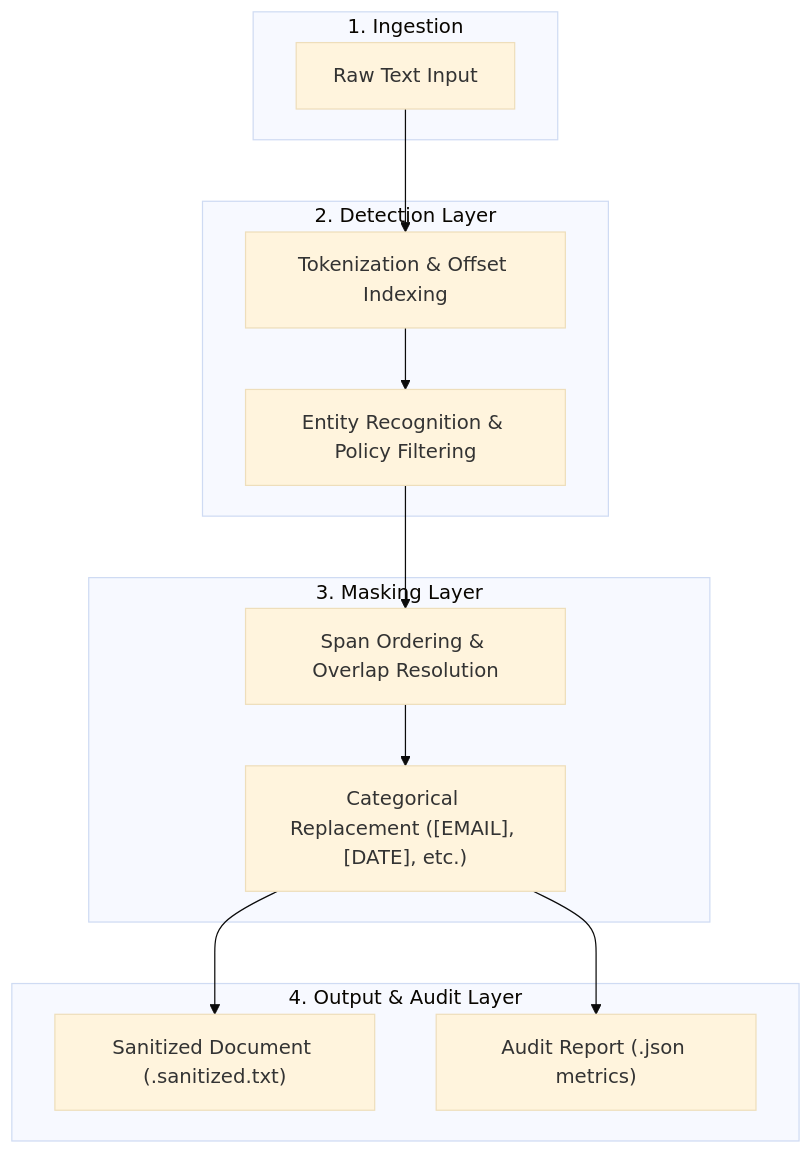
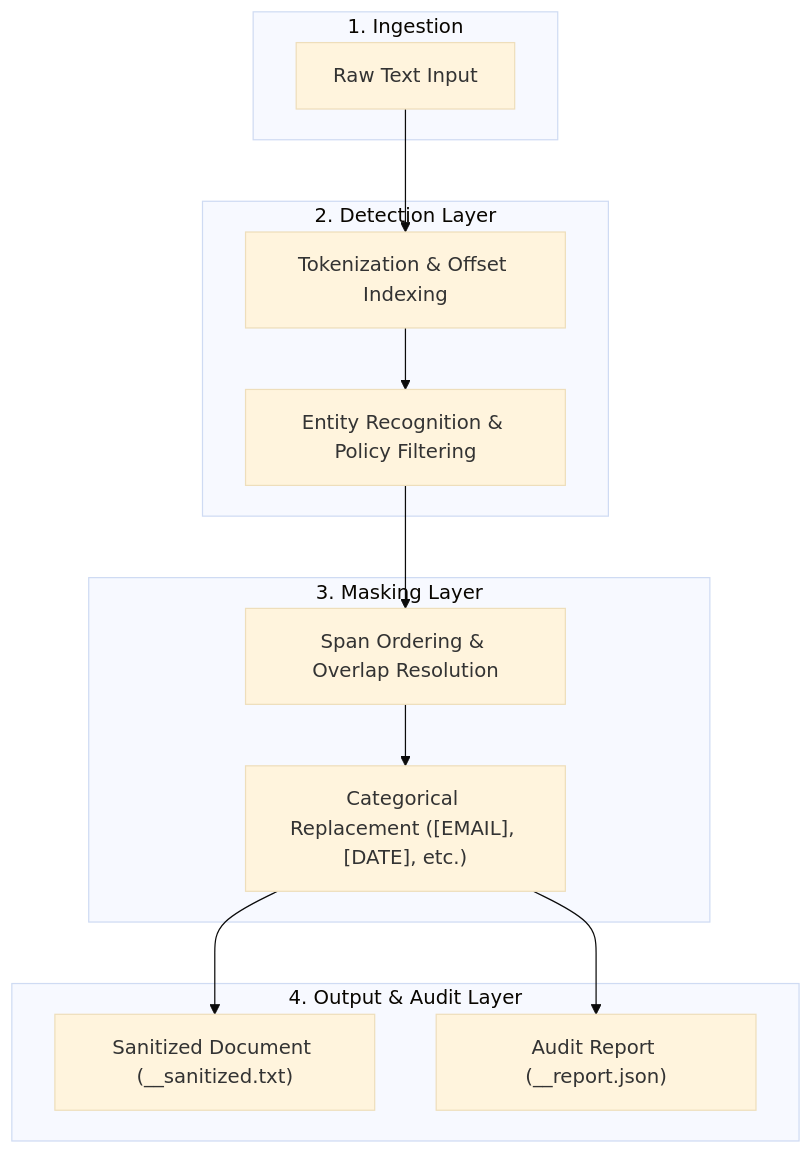
One commit to Ahmed-Maher77/LLM-Privacy-Gateway___PII-De-identification-and-Re-identification changed the diagram in README.md. Above: the diagram before and after it, drawn with Mermaid (base theme). The commit also changed other lines of this file and 3 other files, not shown here.

````diff
--- a/README.md
+++ b/README.md
@@ -11,28 +11,28 @@
 ```mermaid
 flowchart TD
     subgraph S1["1. Ingestion"]
         A["Raw Text Input"]
     end
 
     subgraph S2["2. Detection Layer"]
         B["Tokenization & Offset Indexing"]
         C["Entity Recognition & Policy Filtering"]
         B --> C
     end
 
     subgraph S3["3. Masking Layer"]
         D["Span Ordering & Overlap Resolution"]
         E["Categorical Replacement ([EMAIL], [DATE], etc.)"]
         D --> E
     end
 
     subgraph S4["4. Output & Audit Layer"]
-        F["Sanitized Document (.sanitized.txt)"]
-        G["Audit Report (.json metrics)"]
+        F["Sanitized Document (__sanitized.txt)"]
+        G["Audit Report (__report.json)"]
     end
 
     A --> B
     C --> D
     E --> F
     E --> G
 ```
````
